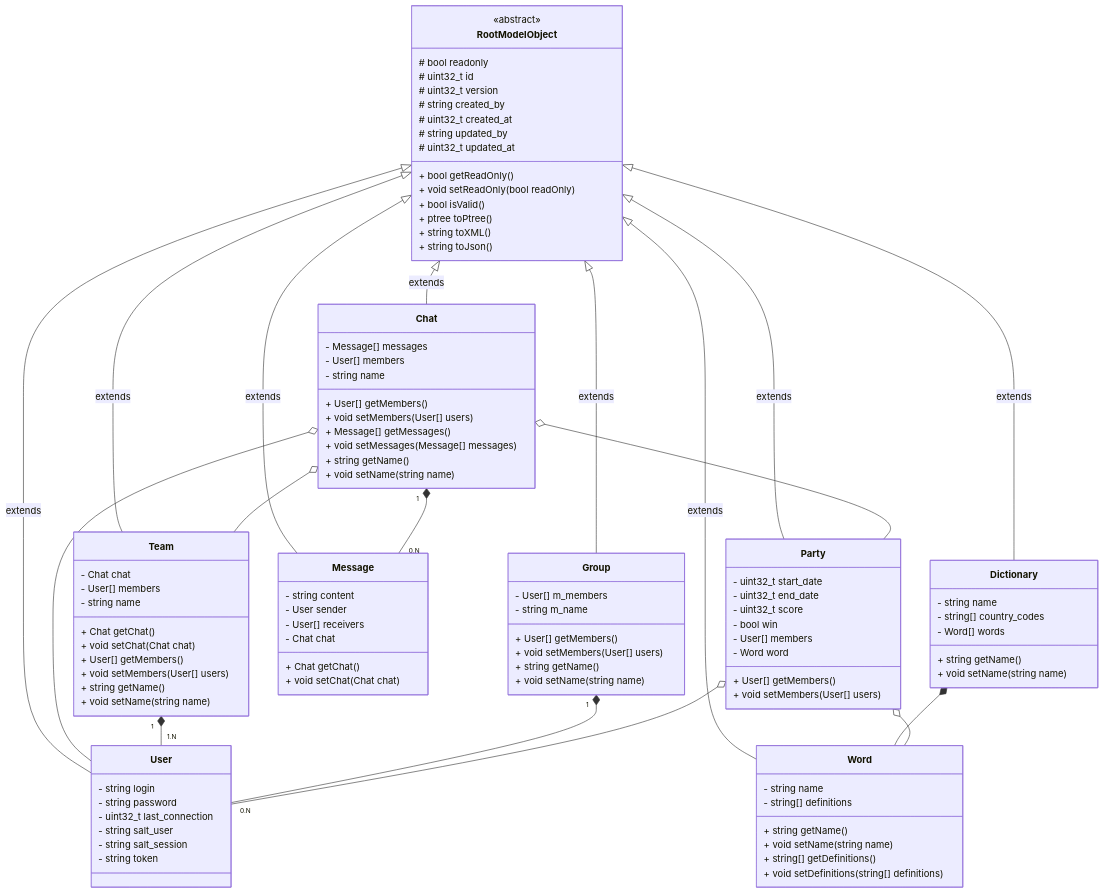
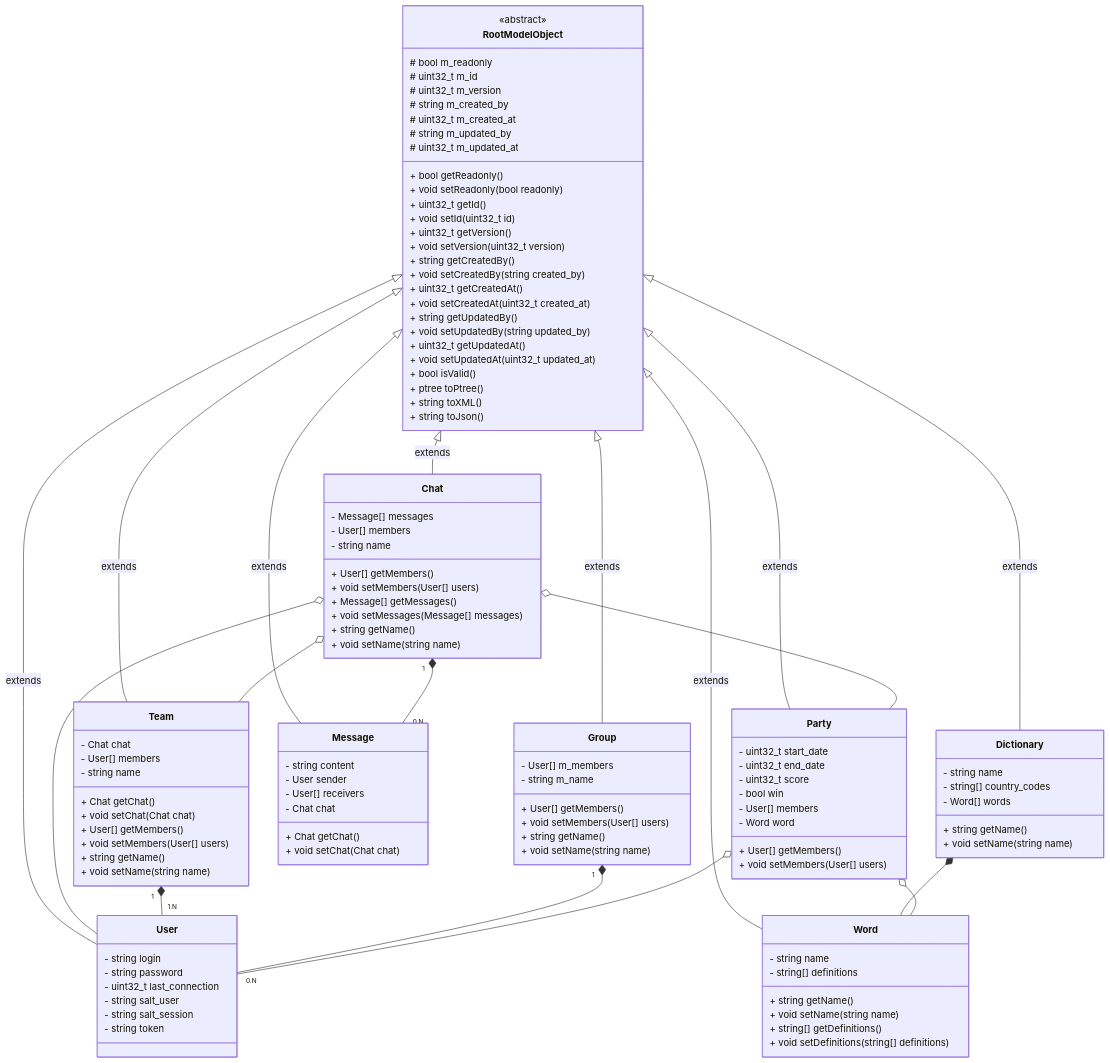
Before and after one commit to MGuillaumeF/hangman-game: the diagram in wiki/dev-rules.md, drawn with Mermaid.

```diff
--- a/wiki/dev-rules.md
+++ b/wiki/dev-rules.md
@@ -75,15 +75,27 @@
 Dictionary *-- Word
 Party o-- User
 Party o-- Word
-RootModelObject : # bool readonly
-RootModelObject : # uint32_t id
-RootModelObject : # uint32_t version
-RootModelObject : # string created_by
-RootModelObject : # uint32_t created_at
-RootModelObject : # string updated_by
-RootModelObject : # uint32_t updated_at
-RootModelObject : + bool getReadOnly()
-RootModelObject : + void setReadOnly(bool readOnly)
+RootModelObject : # bool m_readonly
+RootModelObject : # uint32_t m_id
+RootModelObject : # uint32_t m_version
+RootModelObject : # string m_created_by
+RootModelObject : # uint32_t m_created_at
+RootModelObject : # string m_updated_by
+RootModelObject : # uint32_t m_updated_at
+RootModelObject : + bool getReadonly()
+RootModelObject : + void setReadonly(bool readonly)
+RootModelObject : + uint32_t getId()
+RootModelObject : + void setId(uint32_t id)
+RootModelObject : + uint32_t getVersion()
+RootModelObject : + void setVersion(uint32_t version)
+RootModelObject : + string getCreatedBy()
+RootModelObject : + void setCreatedBy(string created_by)
+RootModelObject : + uint32_t getCreatedAt()
+RootModelObject : + void setCreatedAt(uint32_t created_at)
+RootModelObject : + string getUpdatedBy()
+RootModelObject : + void setUpdatedBy(string updated_by)
+RootModelObject : + uint32_t getUpdatedAt()
+RootModelObject : + void setUpdatedAt(uint32_t updated_at)
 RootModelObject : + bool isValid()
 RootModelObject : + ptree toPtree()
 RootModelObject : + string toXML()
```
